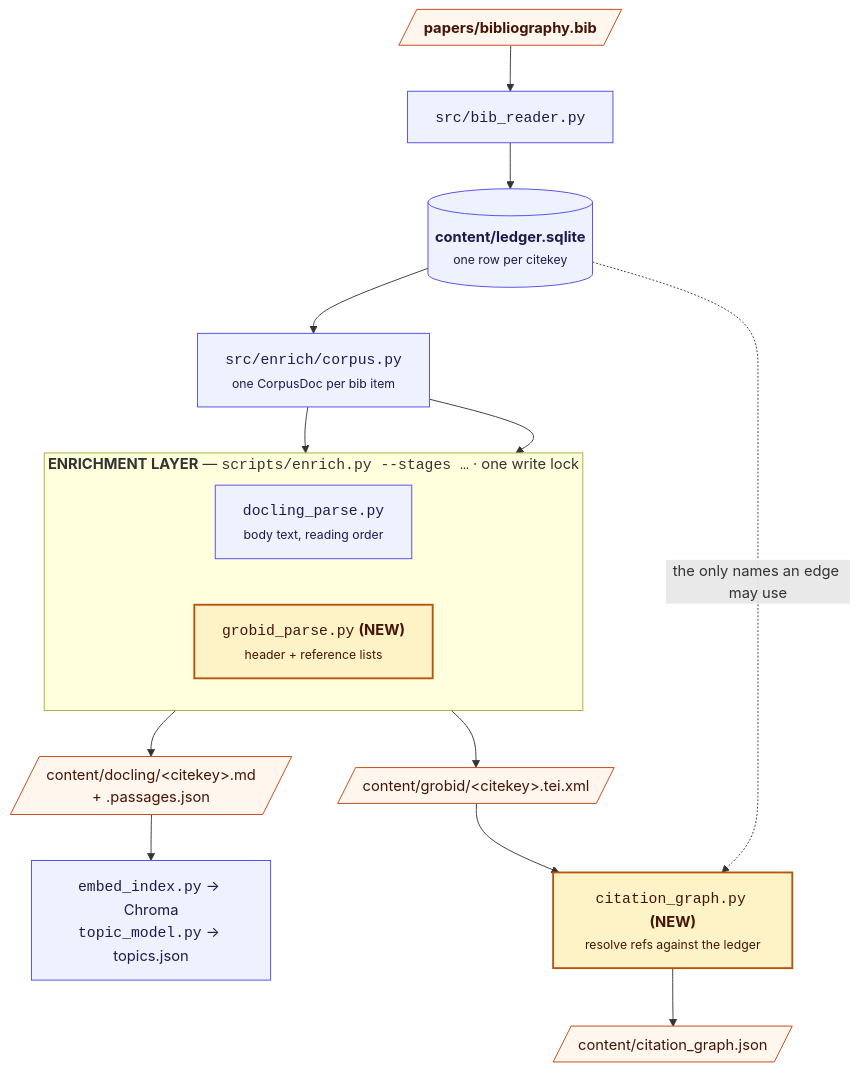
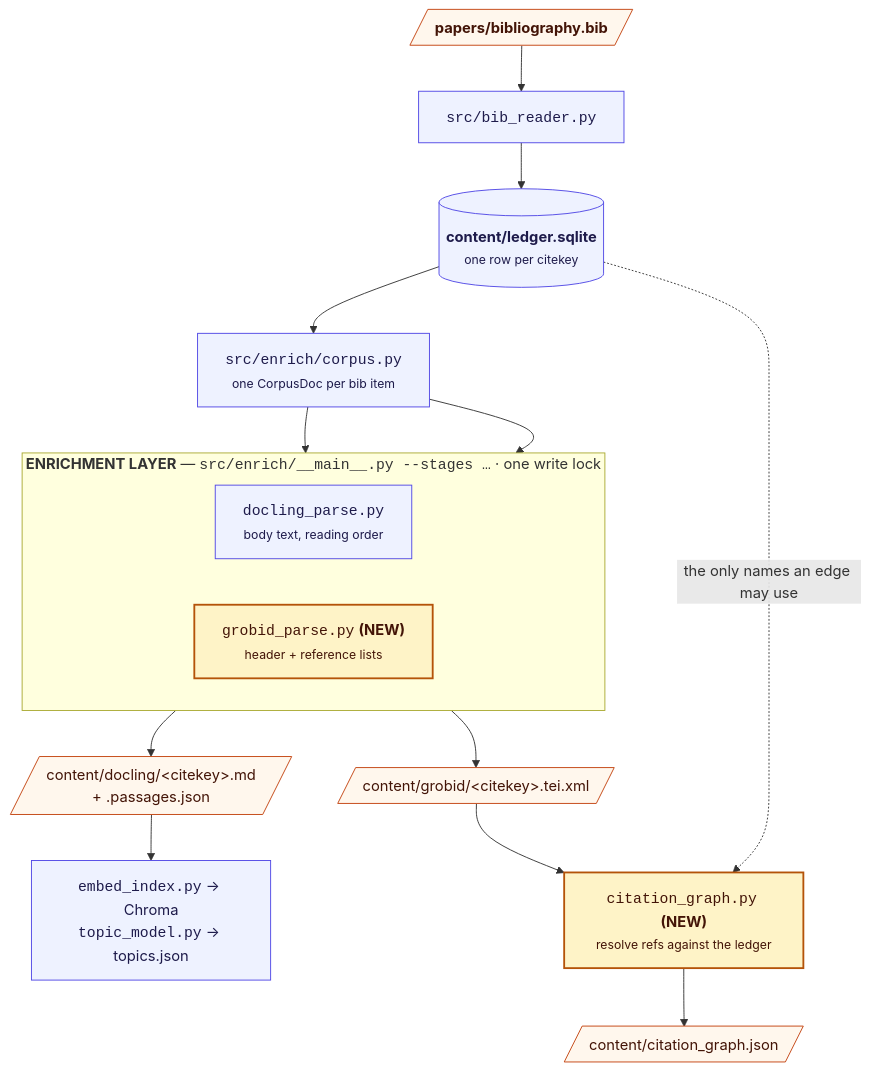
The first of 2 diagrams in docs/GROBID-CITATION-GRAPH.md (prasadtalasila/chitragupta), drawn with Mermaid before and after one commit. The commit also changed other lines of this file and 72 other files, not shown here.

First line of the commit message:
Give every layer one entry point, one level deep (#123, #141)

````diff
--- a/docs/GROBID-CITATION-GRAPH.md
+++ b/docs/GROBID-CITATION-GRAPH.md
@@ -115,38 +115,38 @@
 ```mermaid
 flowchart TB
 
   BIB[/"<b>papers/bibliography.bib</b>"/]
   READER["<code>src/bib_reader.py</code>"]
   LEDGER[("<b>content/ledger.sqlite</b><br/><small>one row per citekey</small>")]
   CORPUS["<code>src/enrich/corpus.py</code><br/><small>one CorpusDoc per bib item</small>"]
 
   BIB --> READER --> LEDGER --> CORPUS
 
-  subgraph EX["<b>ENRICHMENT LAYER</b> — <code>scripts/enrich.py --stages …</code> · one write lock"]
+  subgraph EX["<b>ENRICHMENT LAYER</b> — <code>src/enrich/__main__.py --stages …</code> · one write lock"]
     direction LR
     DOC["<code>docling_parse.py</code><br/><small>body text, reading order</small>"]
     GRO["<code>grobid_parse.py</code> <b>(NEW)</b><br/><small>header + reference lists</small>"]
   end
 
   CORPUS --> DOC
   CORPUS --> GRO
 
   MD[/"content/docling/&lt;citekey&gt;.md<br/>+ .passages.json"/]
   TEI[/"content/grobid/&lt;citekey&gt;.tei.xml"/]
   DOC --> MD
   GRO --> TEI
 
   EMB["<code>embed_index.py</code> → Chroma<br/><code>topic_model.py</code> → topics.json"]
   CG["<code>citation_graph.py</code> <b>(NEW)</b><br/><small>resolve refs against the ledger</small>"]
   MD --> EMB
   TEI --> CG
   LEDGER -. "the only names an edge may use" .-> CG
   CG --> GRAPH[/"content/citation_graph.json"/]
 
   classDef new fill:#fef3c7,stroke:#b45309,stroke-width:2px,color:#431407
   classDef store fill:#fff7ed,stroke:#c2410c,color:#431407
   classDef det fill:#eef2ff,stroke:#4f46e5,color:#1e1b4b
   class GRO,CG new
   class MD,TEI,GRAPH,BIB store
   class LEDGER,READER,CORPUS,DOC,EMB det
 ```
````
